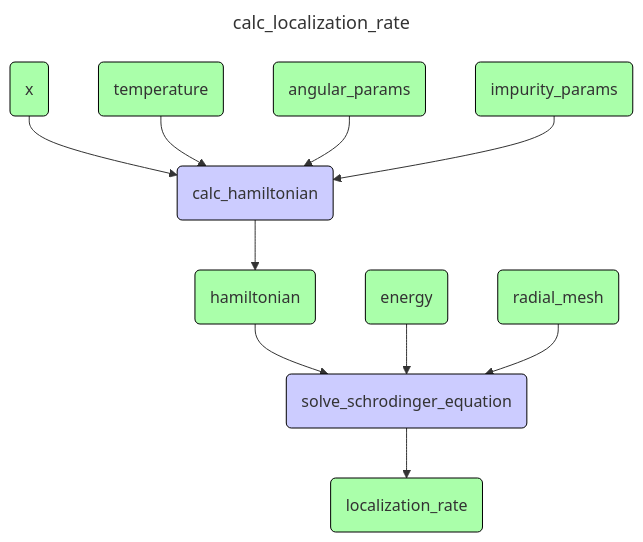
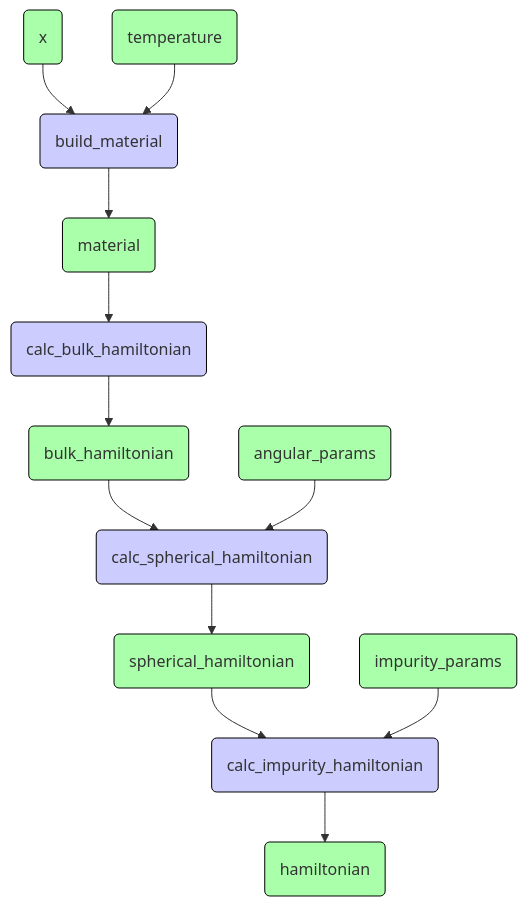
One commit to MaksimZh/hw changed the second of 9 diagrams in 04_design_vision/design_vision.md. Above: the diagram before and after it, drawn with Mermaid. The commit also changed other lines of this file, not shown here.

````diff
--- a/04_design_vision/design_vision.md
+++ b/04_design_vision/design_vision.md
@@ -82,20 +85,19 @@
 ```mermaid
----
-title: calc_localization_rate
----
 graph TD
-    x(x) --> ch(calc_hamiltonian)
-    t(temperature) --> ch
-    ang(angular_params) --> ch
-    imp(impurity_params) --> ch
-    ch --> h(hamiltonian)
-    h --> solve(solve_schrodinger_equation)
-    en(energy) --> solve
-    rad(radial_mesh) --> solve
-    solve --> lr(localization_rate)
+    x(x) --> bm(build_material)
+    t(temperature) --> bm
+    bm --> mat(material)
+    mat --> cbh(calc_bulk_hamiltonian)
+    cbh --> bh(bulk_hamiltonian)
+    bh --> csh(calc_spherical_hamiltonian)
+    ang(angular_params) --> csh
+    csh --> sh(spherical_hamiltonian)
+    sh --> cih(calc_impurity_hamiltonian)
+    imp(impurity_params) --> cih
+    cih --> h(hamiltonian)
 
     classDef value fill:#afa, stroke:#000
     classDef proc fill:#ccf, stroke:#000
-    class x,t,imp,ang,h,en,rad,lr value
-    class ch,solve proc
+    class x,t,mat,bh,ang,sh,imp,h value
+    class bm,cbh,csh,cih proc
 ```
````
